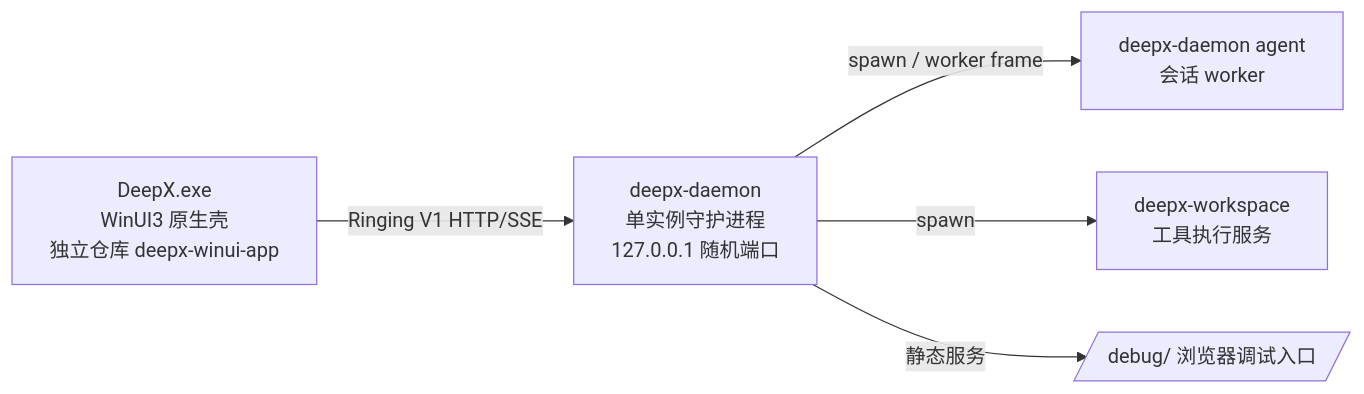
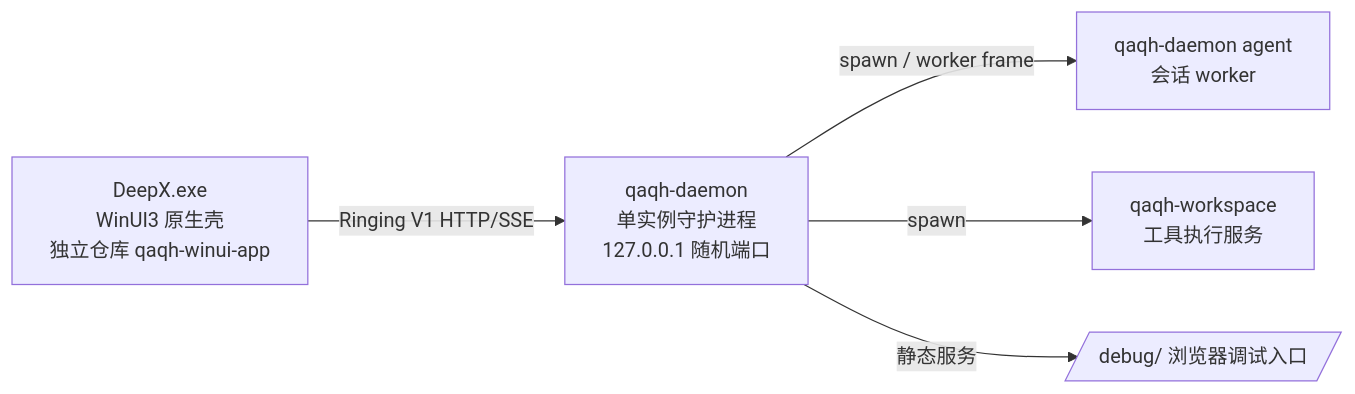
One commit to QAQTam/qaqh-backend changed the diagram in README.md. Above: the diagram before and after it, drawn with Mermaid. The commit also changed other lines of this file and 16 other files, not shown here.

First line of the commit message:
refactor(runtime): rename DeepxService to QaqhService + sweep deepx naming to qaqh

````diff
--- a/README.md
+++ b/README.md
@@ -30,7 +30,7 @@
 ```mermaid
 graph LR
-    Shell[DeepX.exe<br/>WinUI3 原生壳<br/>独立仓库 deepx-winui-app] -->|Ringing V1 HTTP/SSE| Daemon[deepx-daemon<br/>单实例守护进程<br/>127.0.0.1 随机端口]
-    Daemon -->|spawn / worker frame| Worker[deepx-daemon agent<br/>会话 worker]
-    Daemon -->|spawn| WS[deepx-workspace<br/>工具执行服务]
+    Shell[DeepX.exe<br/>WinUI3 原生壳<br/>独立仓库 qaqh-winui-app] -->|Ringing V1 HTTP/SSE| Daemon[qaqh-daemon<br/>单实例守护进程<br/>127.0.0.1 随机端口]
+    Daemon -->|spawn / worker frame| Worker[qaqh-daemon agent<br/>会话 worker]
+    Daemon -->|spawn| WS[qaqh-workspace<br/>工具执行服务]
     Daemon -->|静态服务| Debug[/debug/ 浏览器调试入口/]
 ```
````
